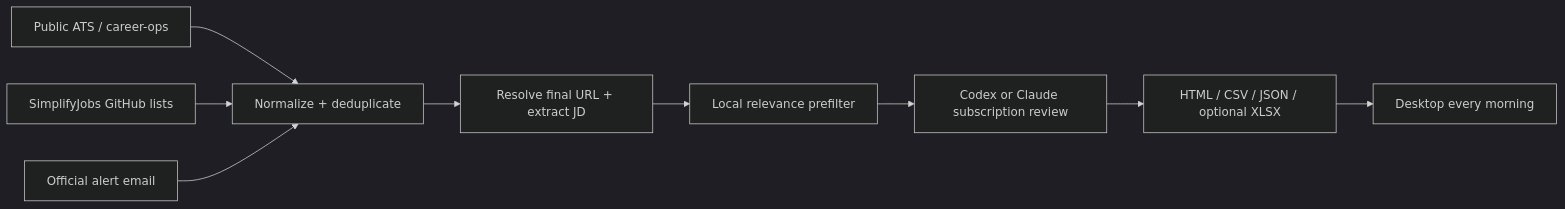
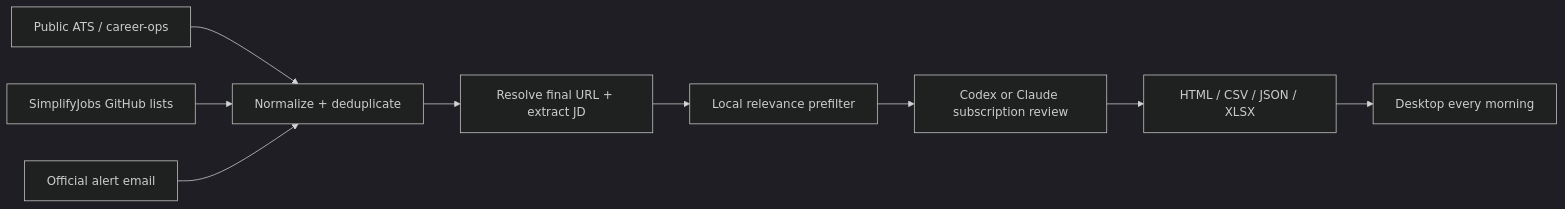
One commit to JackyJiang08/daily-job-match-alert changed the diagram in README.md. Above: the diagram before and after it, drawn with Mermaid (dark theme). The commit also changed other lines of this file and 9 other files, not shown here.

````diff
--- a/README.md
+++ b/README.md
@@ -33,11 +33,11 @@
 ```mermaid
 flowchart LR
   ATS[Public ATS / career-ops] --> N[Normalize + deduplicate]
   GH[SimplifyJobs GitHub lists] --> N
   EM[Official alert email] --> N
   N --> JD[Resolve final URL + extract JD]
   JD --> PF[Local relevance prefilter]
   PF --> LLM[Codex or Claude subscription review]
-  LLM --> R[HTML / CSV / JSON / optional XLSX]
+  LLM --> R[HTML / CSV / JSON / XLSX]
   R --> D[Desktop every morning]
 ```
````
